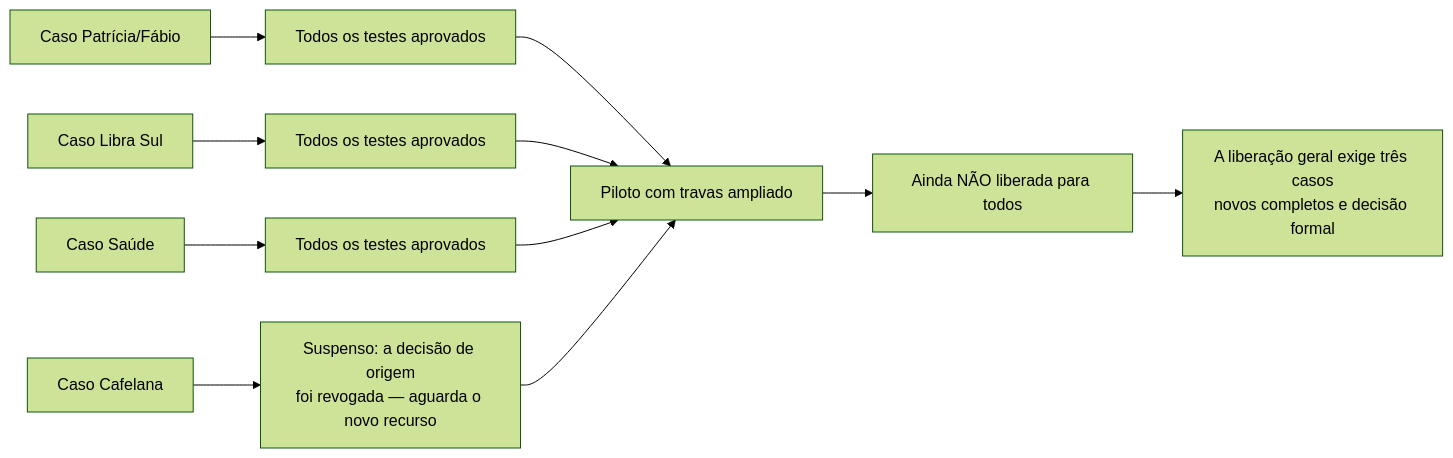
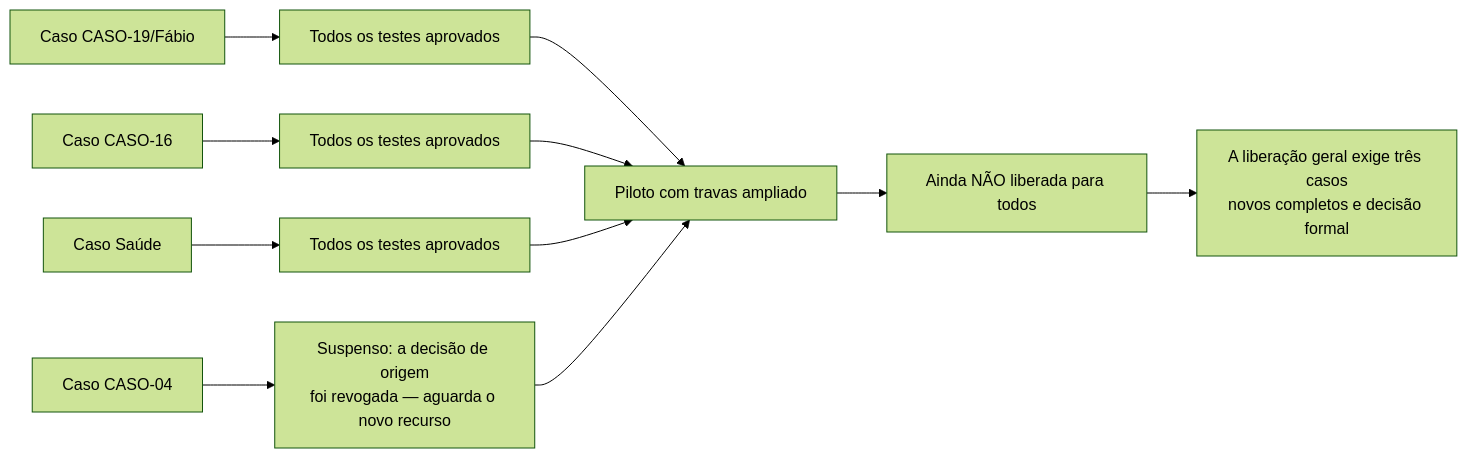
The ninth of 12 diagrams in _FORJA_HARNESS/FLUXO_BIZAGI_FORJA_PETICAO.md (igormorais123/forja-motor), drawn with Mermaid (forest theme) before and after one commit. The commit also changed 2510 other files, not shown here.

````diff
--- a/_FORJA_HARNESS/FLUXO_BIZAGI_FORJA_PETICAO.md
+++ b/_FORJA_HARNESS/FLUXO_BIZAGI_FORJA_PETICAO.md
@@ -502,13 +502,13 @@
 ```mermaid
 flowchart LR
-    P["Caso Patrícia/Fábio"] --> OK1["Todos os testes aprovados"]
-    L["Caso Libra Sul"] --> OK2["Todos os testes aprovados"]
+    P["Caso CASO-19/Fábio"] --> OK1["Todos os testes aprovados"]
+    L["Caso CASO-16"] --> OK2["Todos os testes aprovados"]
     S["Caso Saúde"] --> OK3["Todos os testes aprovados"]
-    C["Caso Cafelana"] --> STOP["Suspenso: a decisão de origem<br/>foi revogada — aguarda o novo recurso"]
+    C["Caso CASO-04"] --> STOP["Suspenso: a decisão de origem<br/>foi revogada — aguarda o novo recurso"]
     OK1 --> MODE["Piloto com travas ampliado"]
     OK2 --> MODE
     OK3 --> MODE
     STOP --> MODE
     MODE --> NO["Ainda NÃO liberada para todos"]
     NO --> NEXT["A liberação geral exige três casos<br/>novos completos e decisão formal"]
 ```
````
